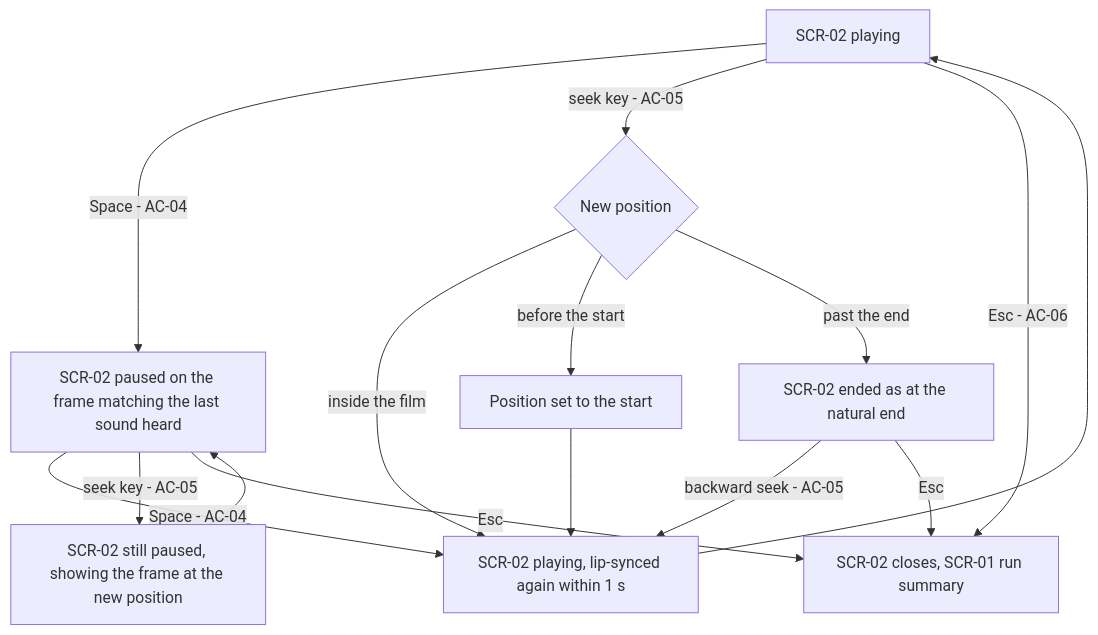
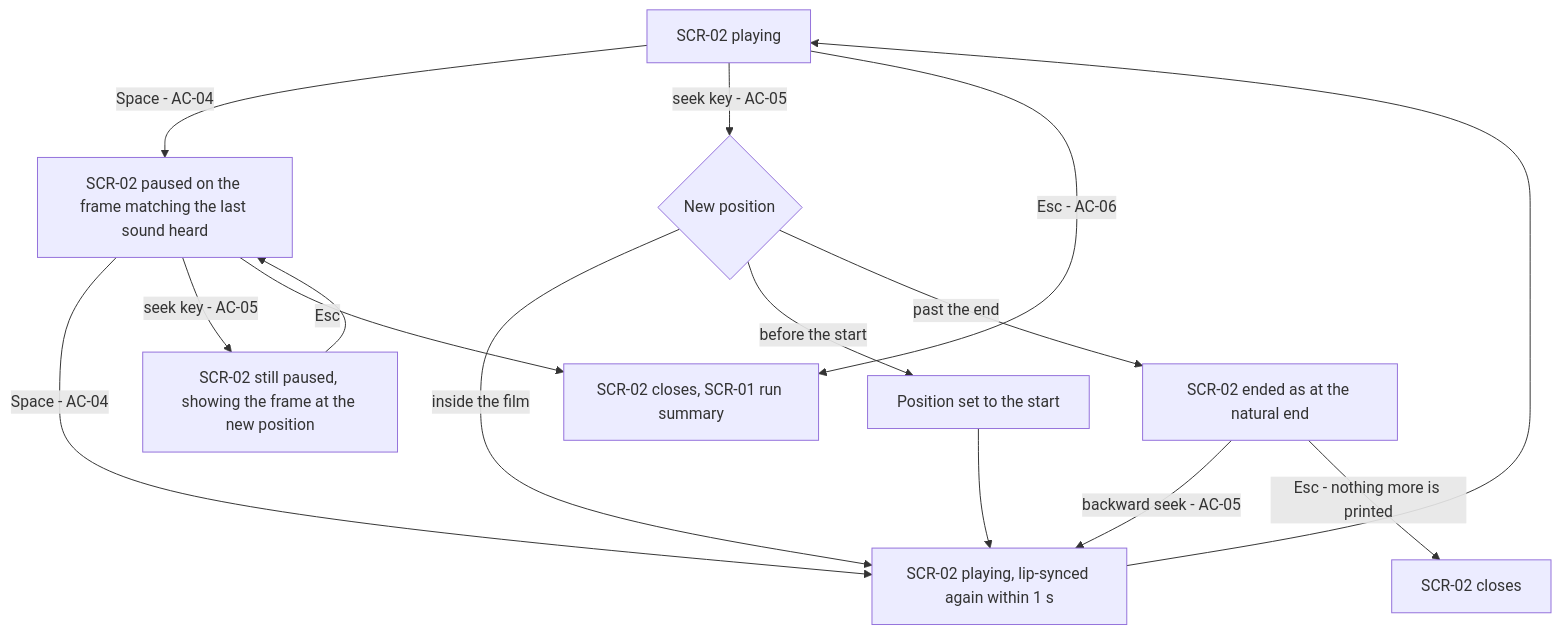
One commit to PulsarV/DualPlayer changed the second of 5 diagrams in docs/features/lip-synced-video/ux-flows.md. Above: the diagram before and after it, drawn with Mermaid. The commit also changed other lines of this file and 9 other files, not shown here.

First line of the commit message:
implement: lip-synced-video T95 Bring AC-06, screens, ux-flows, test-plan, sad, cli.md and the tracker in step with the code

````diff
--- a/docs/features/lip-synced-video/ux-flows.md
+++ b/docs/features/lip-synced-video/ux-flows.md
@@ -62,17 +62,17 @@
 ```mermaid
 flowchart TD
     PL["SCR-02 playing"] -->|"Space - AC-04"| PA["SCR-02 paused on the frame matching the last sound heard"]
     PA -->|"Space - AC-04"| R["SCR-02 playing, lip-synced again within 1 s"]
     R --> PL
     PL -->|"seek key - AC-05"| T{"New position"}
     T -->|"inside the film"| R
     T -->|"before the start"| ST["Position set to the start"]
     ST --> R
     T -->|"past the end"| EN["SCR-02 ended as at the natural end"]
     PA -->|"seek key - AC-05"| PS["SCR-02 still paused, showing the frame at the new position"]
     PS --> PA
     EN -->|"backward seek - AC-05"| R
     PL -->|"Esc - AC-06"| X["SCR-02 closes, SCR-01 run summary"]
     PA -->|"Esc"| X
-    EN -->|"Esc"| X
+    EN -->|"Esc - nothing more is printed"| XE["SCR-02 closes"]
 ```
````
